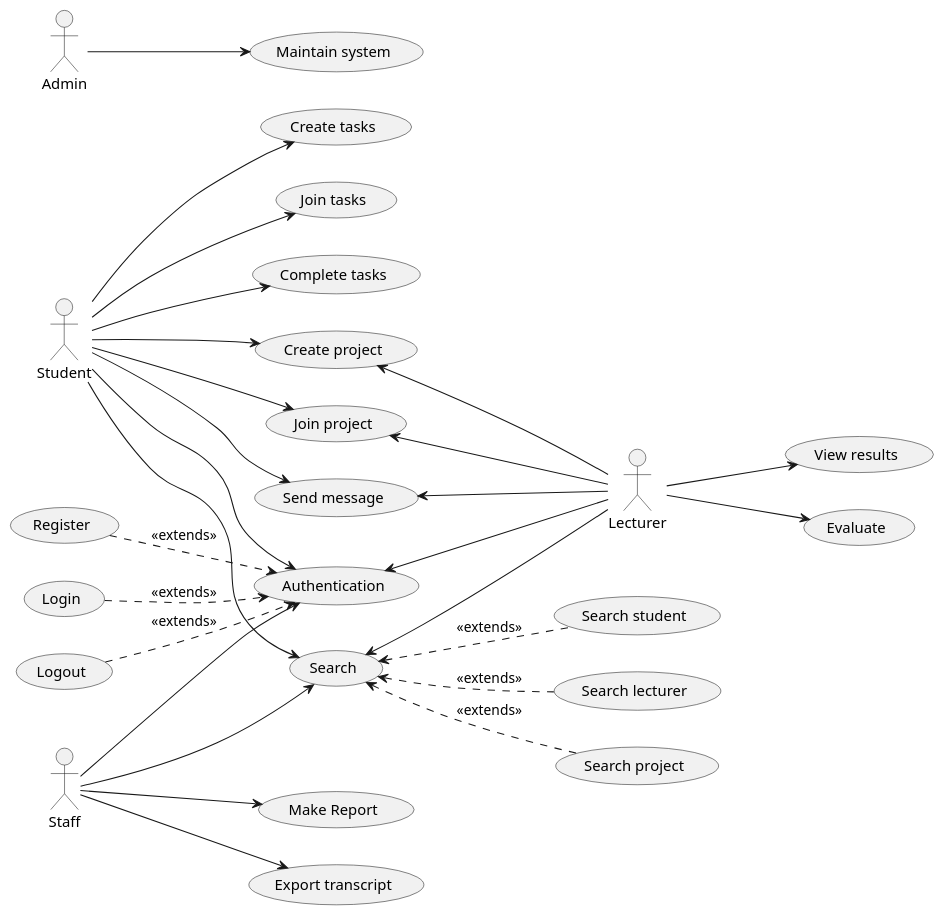
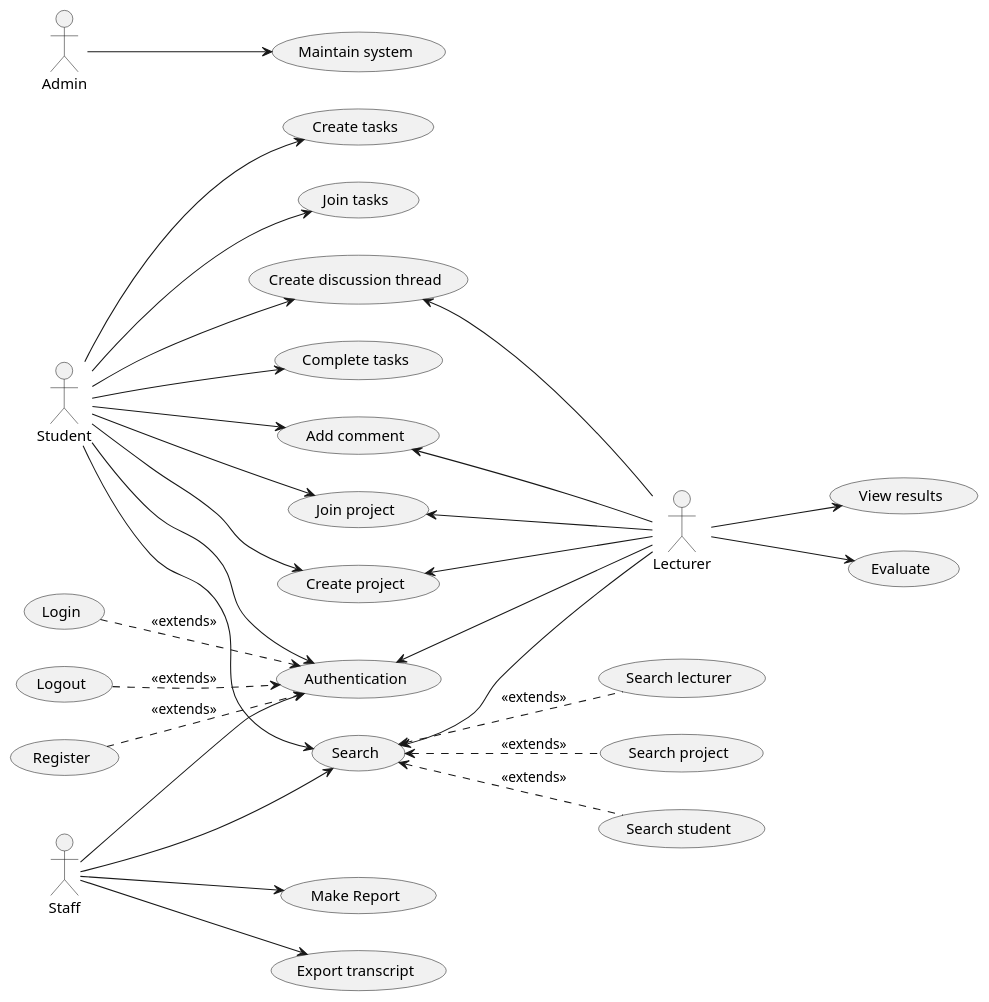
One commit to Huy-Ngo/acanban changed the diagram in docs/source/requirements/use-case-model.rst. Above: the diagram before and after it, drawn with PlantUML. The commit also changed other lines of this file, not shown here.

Commit message:
Update descriptions and diagram Nitpick around conjugating verbs, split "Send Message" into "Create Discussion Thread" and "Add comment", update the diagram to match the split

```diff
--- a/docs/source/requirements/use-case-model.rst
+++ b/docs/source/requirements/use-case-model.rst
@@ -4,64 +4,67 @@
 .. uml::
 
    left to right direction
    actor Student
    actor Staff
    actor Admin
    actor Lecturer
 
    usecase "Create project" as CreateP
    usecase "Join project" as JoinP
    usecase "Create tasks" as CreateT
    usecase "Join tasks" as JoinT
    usecase "Complete tasks" as Complete
    usecase "View results" as View
    usecase Evaluate
-   usecase "Send message" as Msg
+   usecase "Create discussion thread" as Thread
+   usecase "Add comment" as Comment
 
    usecase Search
    usecase "Search student" as SearchS
    usecase "Search lecturer" as SearchL
    usecase "Search project" as SearchP
 
    usecase Authentication
    usecase Register
    usecase Login
    usecase Logout
 
    usecase "Make Report" as Report
    usecase "Export transcript" as Export
 
    usecase "Maintain system" as Maintain
 
    Staff --> Search
    Staff --> Export
    Staff --> Report
    Staff --> Authentication
 
    Student --> Search
    Student --> CreateP
    Student --> CreateT
    Student --> JoinP
    Student --> JoinT
    Student --> Complete
-   Student --> Msg
+   Student --> Thread
+   Student --> Comment
    Student --> Authentication
 
    Search <-- Lecturer
    CreateP <-- Lecturer
    JoinP <-- Lecturer
-   Msg <-- Lecturer
+   Thread <-- Lecturer
+   Comment <-- Lecturer
    Authentication <-- Lecturer
 
    Lecturer --> View
    Lecturer --> Evaluate
 
    Admin --> Maintain
 
    Search <.. SearchS: <<extends>>
    Search <.. SearchL: <<extends>>
    Search <.. SearchP: <<extends>>
 
    Register ..> Authentication : <<extends>>
    Login ..> Authentication : <<extends>>
    Logout ..> Authentication : <<extends>>
```
